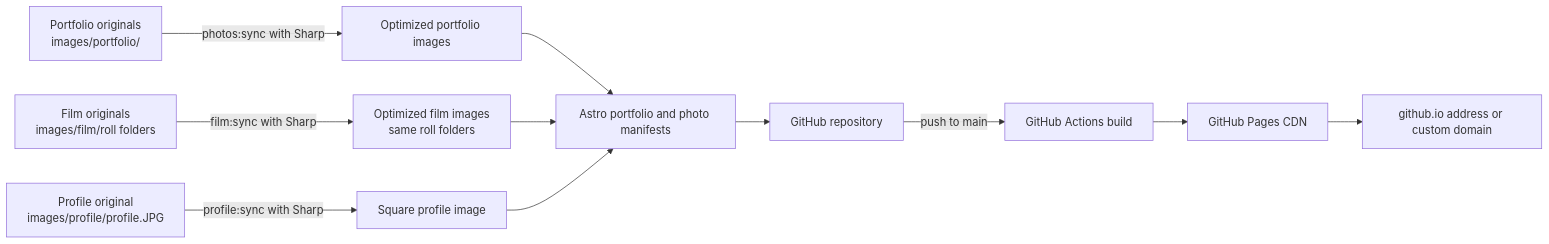
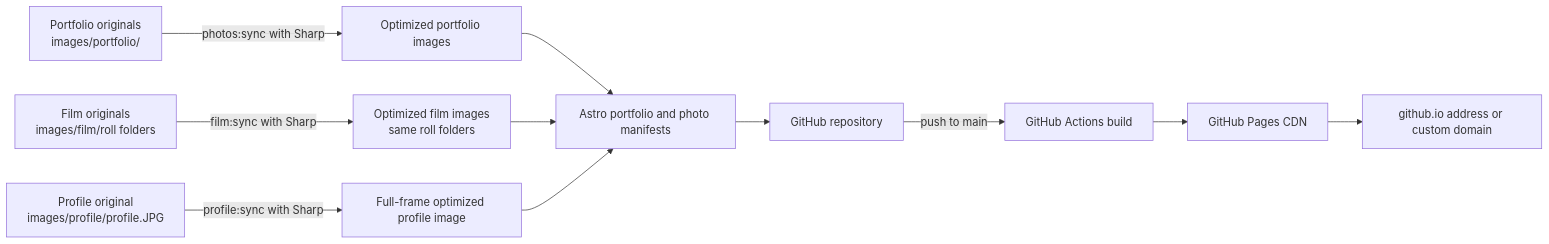
The diagram in README.md (LinquanS/LinquanS.github.io), drawn with Mermaid before and after one commit. The commit also changed other lines of this file and 1948 other files, not shown here.

````diff
--- a/README.md
+++ b/README.md
@@ -9,13 +9,13 @@
 ```mermaid
 flowchart LR
   A[Portfolio originals<br/>images/portfolio/] -->|photos:sync with Sharp| B[Optimized portfolio images]
   H[Film originals<br/>images/film/roll folders] -->|film:sync with Sharp| I[Optimized film images<br/>same roll folders]
   B --> C[Astro portfolio and photo manifests]
   I --> C
-  J[Profile original<br/>images/profile/profile.JPG] -->|profile:sync with Sharp| K[Square profile image]
+  J[Profile original<br/>images/profile/profile.JPG] -->|profile:sync with Sharp| K[Full-frame optimized profile image]
   K --> C
   C --> D[GitHub repository]
   D -->|push to main| E[GitHub Actions build]
   E --> F[GitHub Pages CDN]
   F --> G[github.io address or custom domain]
 ```
````
